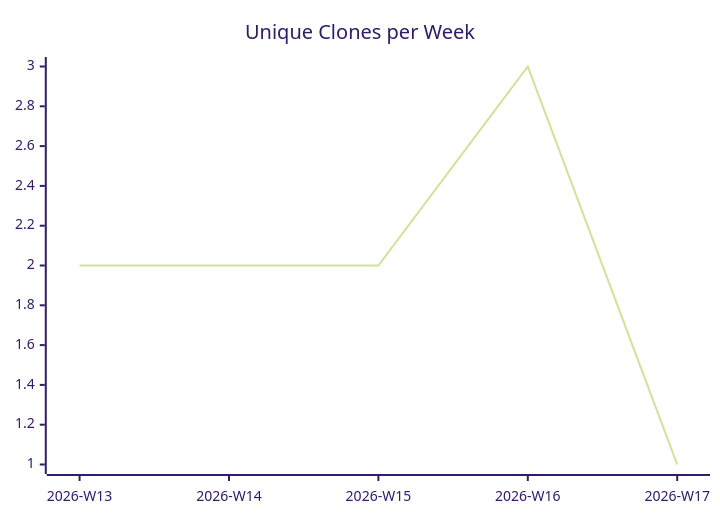
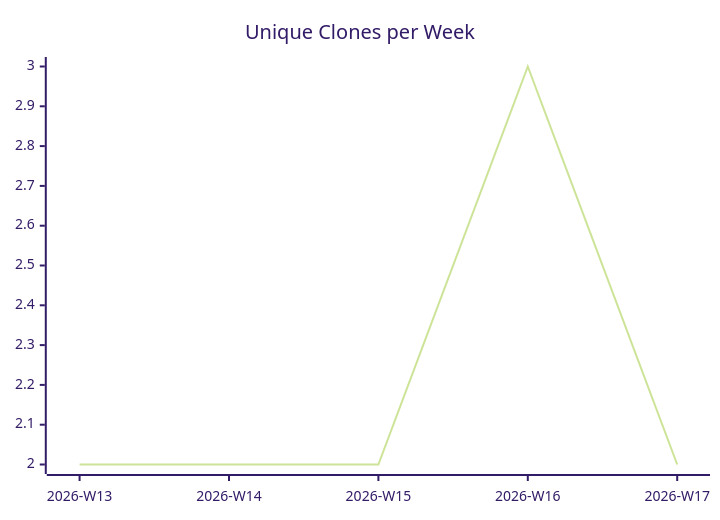
One commit to justdavis-family/github-analytics-data changed the third of 3 diagrams in karlmdavis/bbonfhir-dev-infra-docker/README.md. Above: the diagram before and after it, drawn with Mermaid (forest theme). The commit also changed other lines of this file and 191 other files, not shown here.

````diff
--- a/karlmdavis/bbonfhir-dev-infra-docker/README.md
+++ b/karlmdavis/bbonfhir-dev-infra-docker/README.md
@@ -19,6 +19,6 @@
 ```mermaid
 xychart-beta
   title "Unique Clones per Week"
   x-axis ["2026-W13", "2026-W14", "2026-W15", "2026-W16", "2026-W17"]
-  line [2, 2, 2, 3, 1]
+  line [2, 2, 2, 3, 2]
 ```
````
